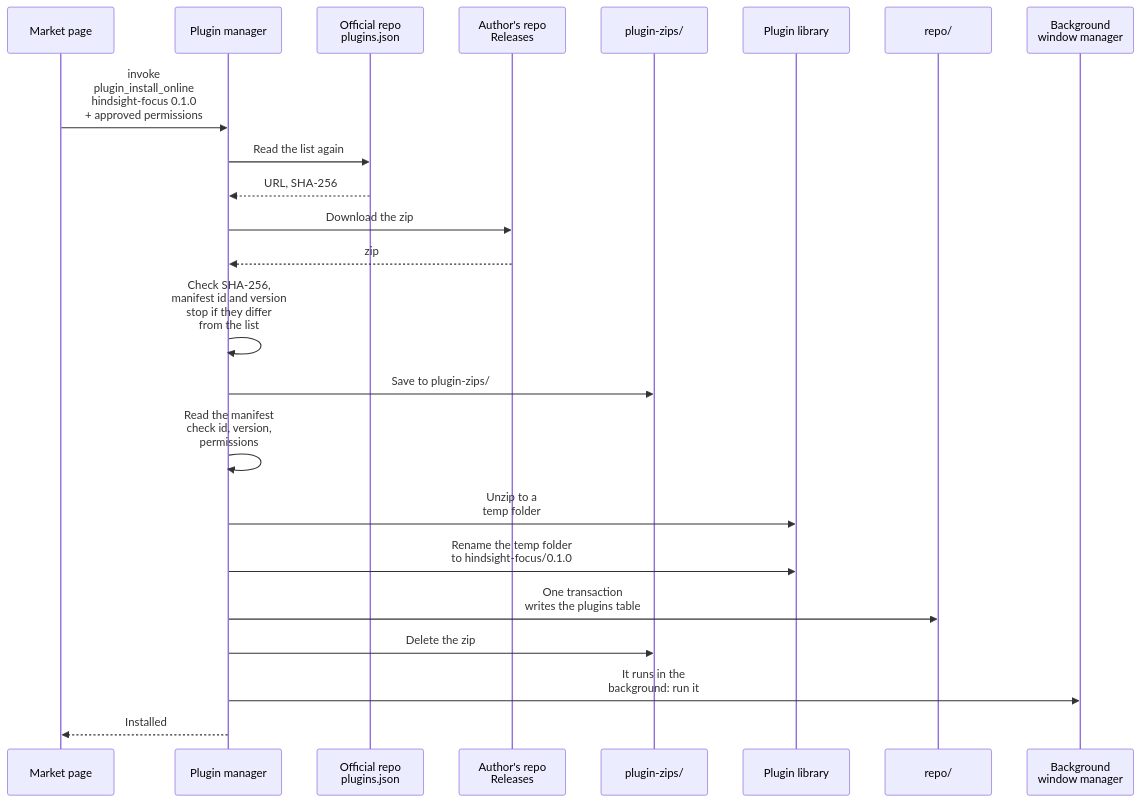
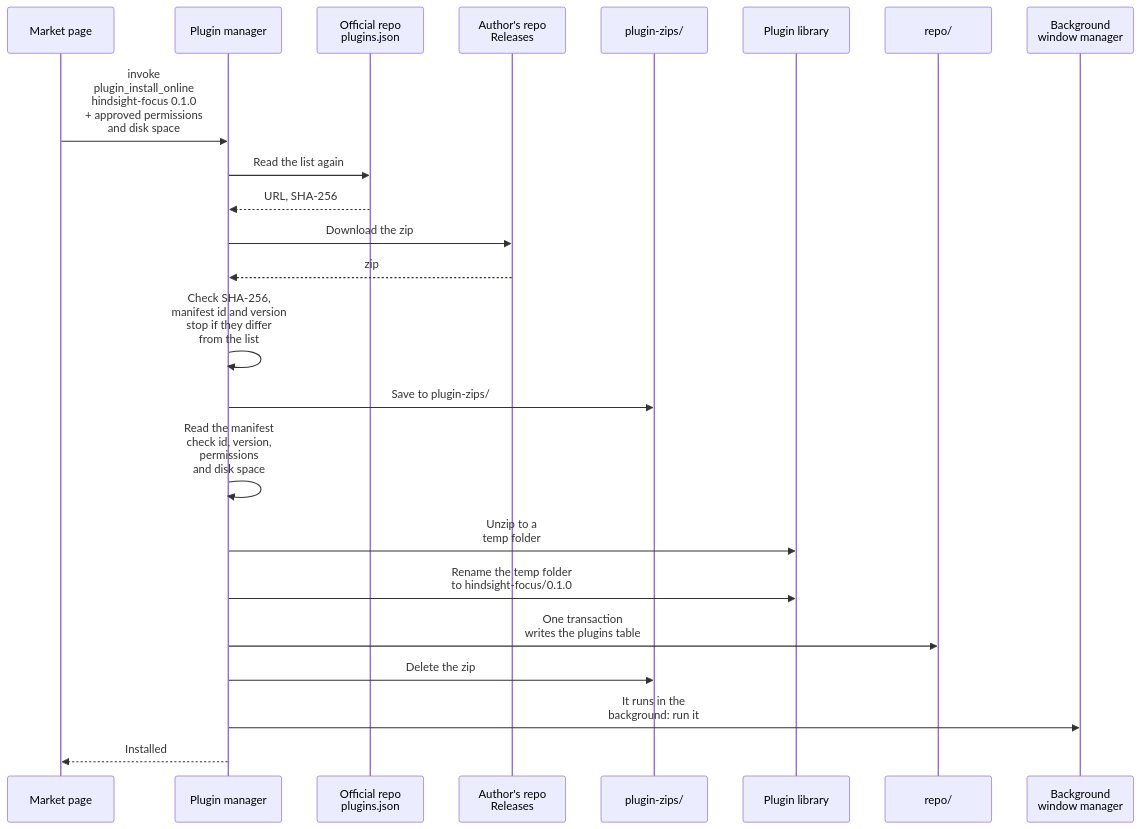
One commit to Tomotsugu-dev/Hindsight changed the first of 3 diagrams in docs/design/plugins/en/install.md. Above: the diagram before and after it, drawn with Mermaid. The commit also changed other lines of this file and 9 other files, not shown here.

First line of the commit message:
docs(plugins): design plugin databases and their disk space

````diff
--- a/docs/design/plugins/en/install.md
+++ b/docs/design/plugins/en/install.md
@@ -13,25 +13,25 @@
 ```mermaid
 sequenceDiagram
   participant M as Market page
   participant G as Plugin manager
   participant IDX as Official repo<br/>plugins.json
   participant REL as Author's repo<br/>Releases
   participant Z as plugin-zips/
   participant D as Plugin library
   participant R as repo/
   participant W as Background<br/>window manager
-  M->>G: invoke<br/>plugin_install_online<br/>hindsight-focus 0.1.0<br/>+ approved permissions
+  M->>G: invoke<br/>plugin_install_online<br/>hindsight-focus 0.1.0<br/>+ approved permissions<br/>and disk space
   G->>IDX: Read the list again
   IDX-->>G: URL, SHA-256
   G->>REL: Download the zip
   REL-->>G: zip
   G->>G: Check SHA-256,<br/>manifest id and version<br/>stop if they differ<br/>from the list
   G->>Z: Save to plugin-zips/
-  G->>G: Read the manifest<br/>check id, version,<br/>permissions
+  G->>G: Read the manifest<br/>check id, version,<br/>permissions<br/>and disk space
   G->>D: Unzip to a<br/>temp folder
   G->>D: Rename the temp folder<br/>to hindsight-focus/0.1.0
   G->>R: One transaction<br/>writes the plugins table
   G->>Z: Delete the zip
   G->>W: It runs in the<br/>background: run it
   G-->>M: Installed
 ```
````
